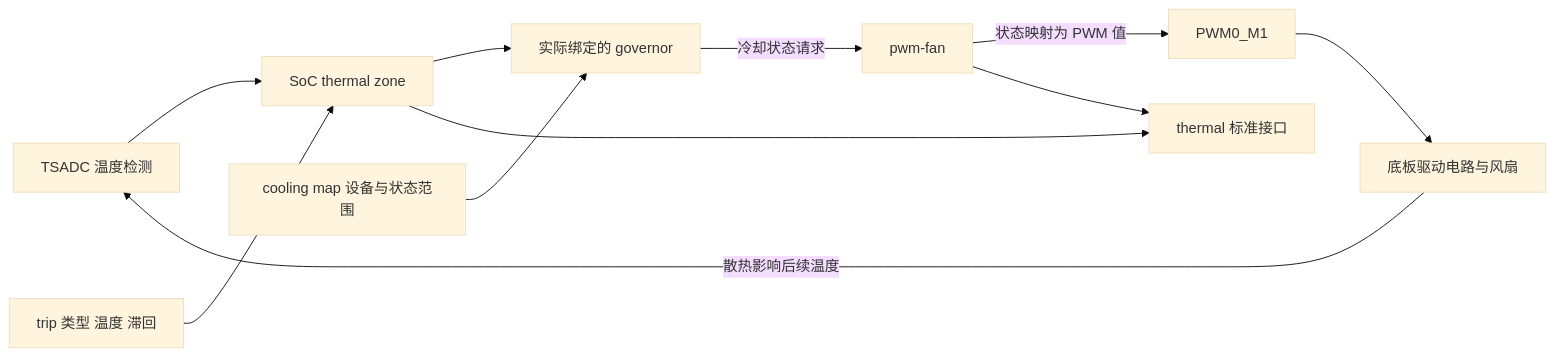
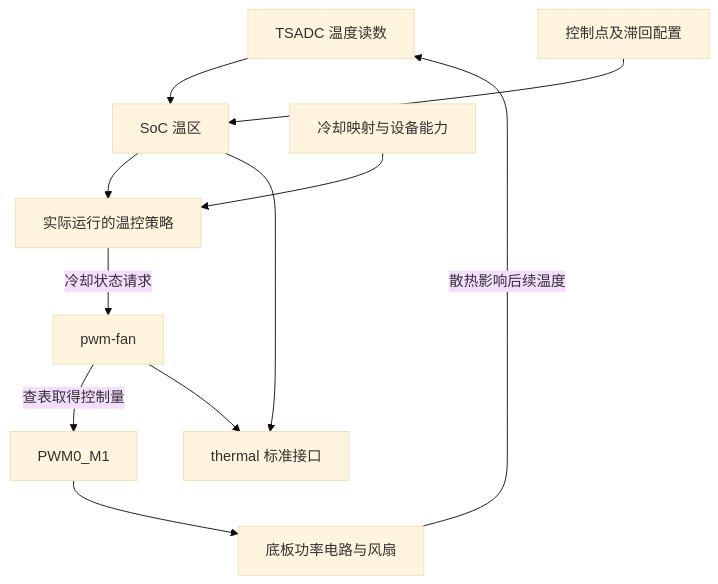
One commit to Bamboo-tt/RK3566_Ground_segment changed the diagram in docs/RK3566_项目学习/09_温控与风扇.md. Above: the diagram before and after it, drawn with Mermaid (base theme). The commit also changed other lines of this file and 19 other files, not shown here.

````diff
--- a/docs/RK3566_项目学习/09_温控与风扇.md
+++ b/docs/RK3566_项目学习/09_温控与风扇.md
@@ -13,13 +19,13 @@
 ```mermaid
-flowchart LR
-    T[TSADC 温度检测] --> Z[SoC thermal zone]
-    R[trip 类型 温度 滞回] --> Z
-    Z --> G[实际绑定的 governor]
-    M[cooling map 设备与状态范围] --> G
+flowchart TD
+    T[TSADC 温度读数] --> Z[SoC 温区]
+    R[控制点及滞回配置] --> Z
+    Z --> G[实际运行的温控策略]
+    M[冷却映射与设备能力] --> G
     G -->|冷却状态请求| F[pwm-fan]
-    F -->|状态映射为 PWM 值| P[PWM0_M1]
-    P --> C[底板驱动电路与风扇]
+    F -->|查表取得控制量| P[PWM0_M1]
+    P --> C[底板功率电路与风扇]
     C -->|散热影响后续温度| T
     Z --> S[thermal 标准接口]
     F --> S
 ```
````
